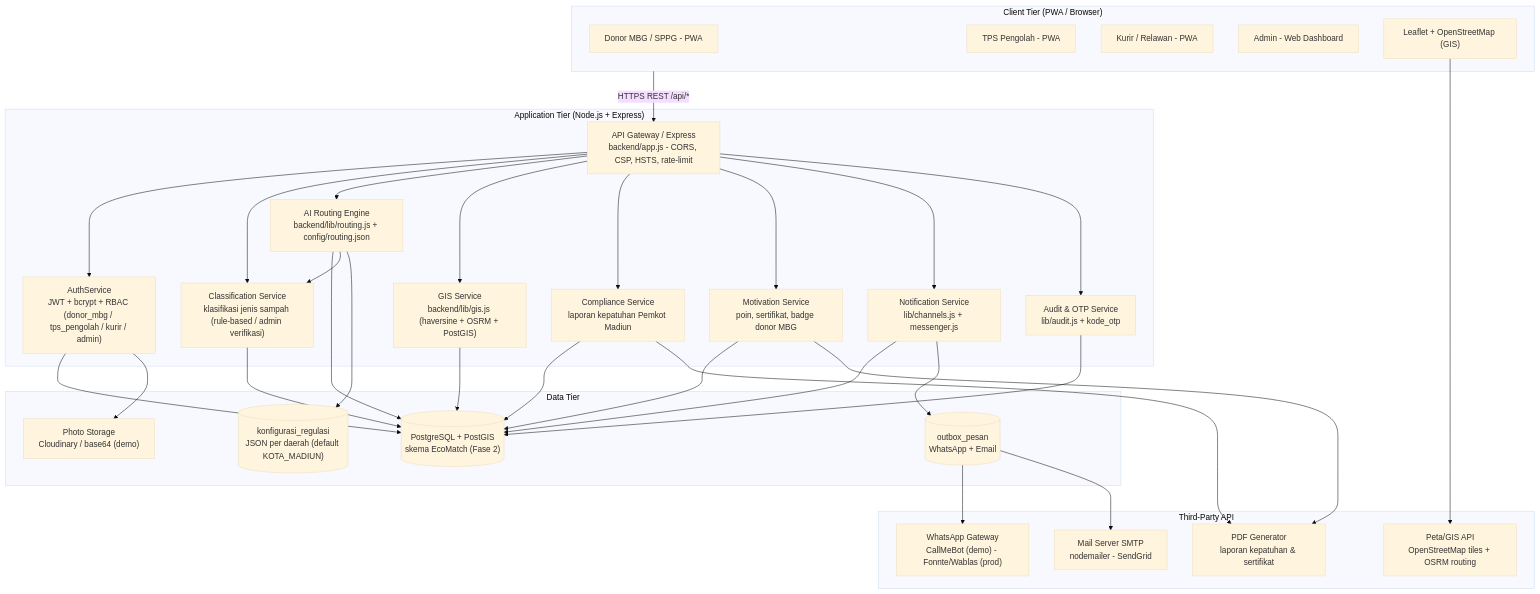
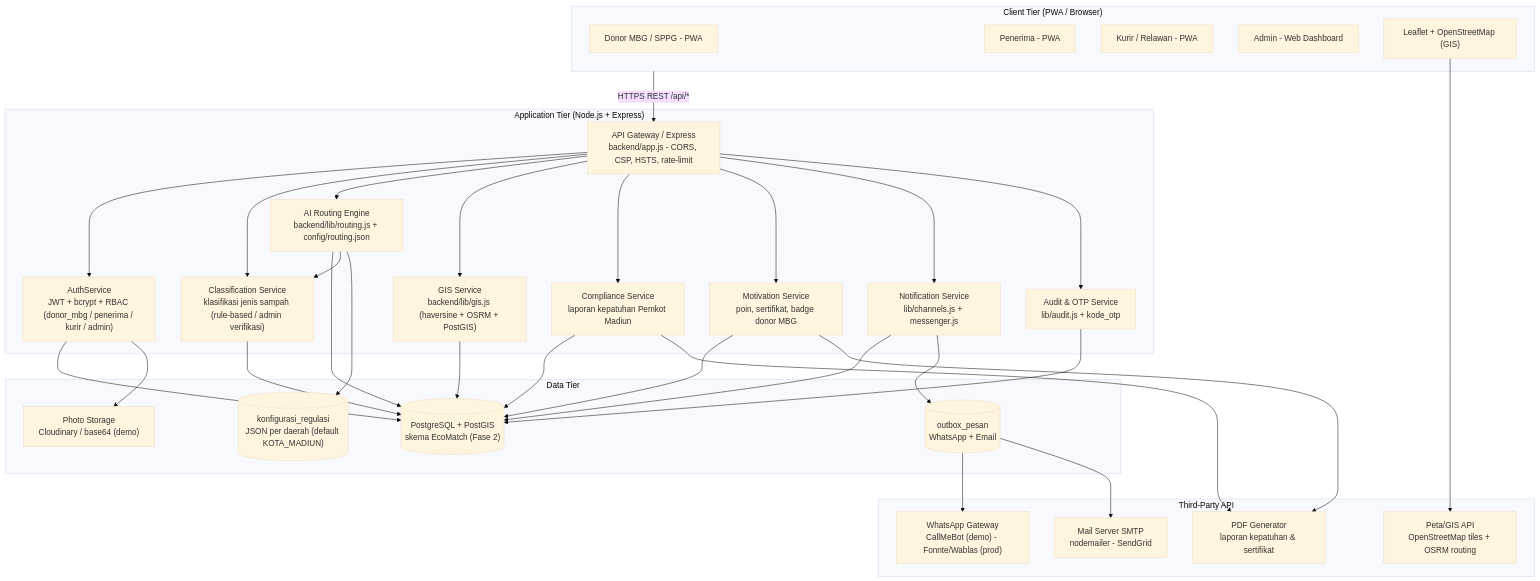
Before and after one commit to naylaaurellia18-web/ecomatch: the first of 10 diagrams in docs/arsitektur/Dokumen_Arsitektur_Sistem_EcoMatch_v2.0.md, drawn with Mermaid (base theme). The commit also changed other lines of this file and 110 other files, not shown here.

First line of the commit message:
feat(revisi): penyaluran sisa makanan MBG ke Penerima (kelayakan layak->panti/yayasan, tidak layak->peternakan)

````diff
--- a/docs/arsitektur/Dokumen_Arsitektur_Sistem_EcoMatch_v2.0.md
+++ b/docs/arsitektur/Dokumen_Arsitektur_Sistem_EcoMatch_v2.0.md
@@ -37,55 +37,55 @@
 ```mermaid
 flowchart TB
     subgraph CLIENT["Client Tier (PWA / Browser)"]
         A1["Donor MBG / SPPG - PWA"]
-        A2["TPS Pengolah - PWA"]
+        A2["Penerima - PWA"]
         A3["Kurir / Relawan - PWA"]
         A4["Admin - Web Dashboard"]
         MAP["Leaflet + OpenStreetMap (GIS)"]
     end
 
     subgraph APP["Application Tier (Node.js + Express)"]
         GW["API Gateway / Express<br/>backend/app.js - CORS, CSP, HSTS, rate-limit"]
-        AUTH["AuthService<br/>JWT + bcrypt + RBAC (donor_mbg / tps_pengolah / kurir / admin)"]
+        AUTH["AuthService<br/>JWT + bcrypt + RBAC (donor_mbg / penerima / kurir / admin)"]
         CLASS["Classification Service<br/>klasifikasi jenis sampah (rule-based / admin verifikasi)"]
         ROUTE["AI Routing Engine<br/>backend/lib/routing.js + config/routing.json"]
         GIS["GIS Service<br/>backend/lib/gis.js (haversine + OSRM + PostGIS)"]
         COMPLY["Compliance Service<br/>laporan kepatuhan Pemkot Madiun"]
         MOTIVE["Motivation Service<br/>poin, sertifikat, badge donor MBG"]
         NOTIF["Notification Service<br/>lib/channels.js + messenger.js"]
         AUDIT["Audit & OTP Service<br/>lib/audit.js + kode_otp"]
     end
 
     subgraph DATA["Data Tier"]
         DB[("PostgreSQL + PostGIS<br/>skema EcoMatch (Fase 2)")]
         FS["Photo Storage<br/>Cloudinary / base64 (demo)"]
         OUTBOX[("outbox_pesan<br/>WhatsApp + Email")]
         CFG[("konfigurasi_regulasi<br/>JSON per daerah (default KOTA_MADIUN)")]
     end
 
     subgraph EXT["Third-Party API"]
         WA["WhatsApp Gateway<br/>CallMeBot (demo) - Fonnte/Wablas (prod)"]
         MAIL["Mail Server SMTP<br/>nodemailer - SendGrid"]
         OSM["Peta/GIS API<br/>OpenStreetMap tiles + OSRM routing"]
         PDF["PDF Generator<br/>laporan kepatuhan & sertifikat"]
     end
 
     CLIENT -->|"HTTPS REST /api/*"| GW
     GW --> AUTH & CLASS & ROUTE & GIS & COMPLY & MOTIVE & NOTIF & AUDIT
     AUTH --> DB
     CLASS --> DB
     ROUTE --> DB
     ROUTE --> CLASS
     GIS --> DB
     COMPLY --> DB
     COMPLY --> PDF
     MOTIVE --> DB
     MOTIVE --> PDF
     NOTIF --> DB
     AUDIT --> DB
     ROUTE --> CFG
     AUTH --> FS
     NOTIF --> OUTBOX
     OUTBOX --> WA & MAIL
     MAP --> OSM
 ```
````
